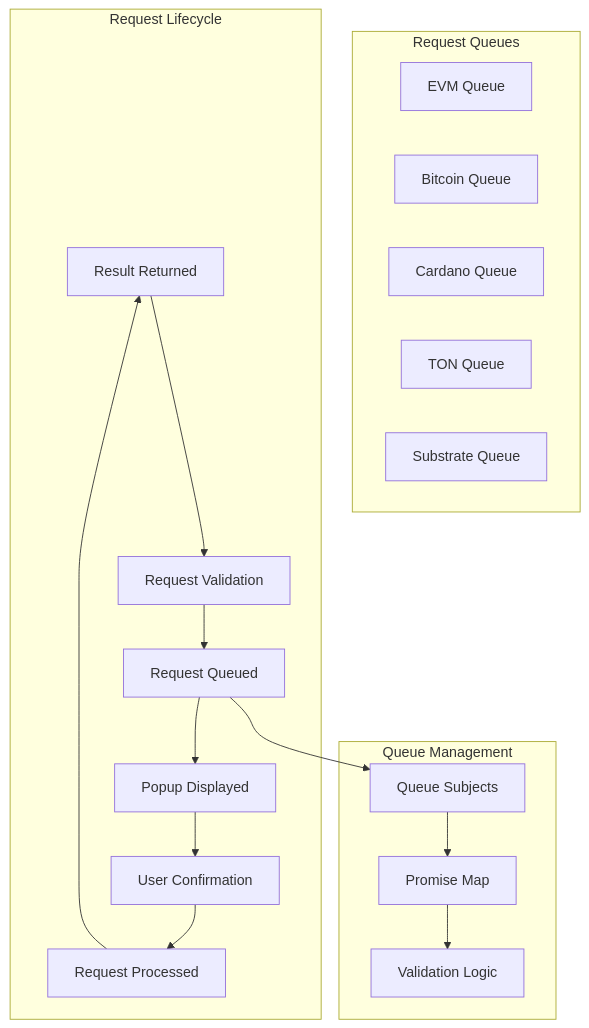
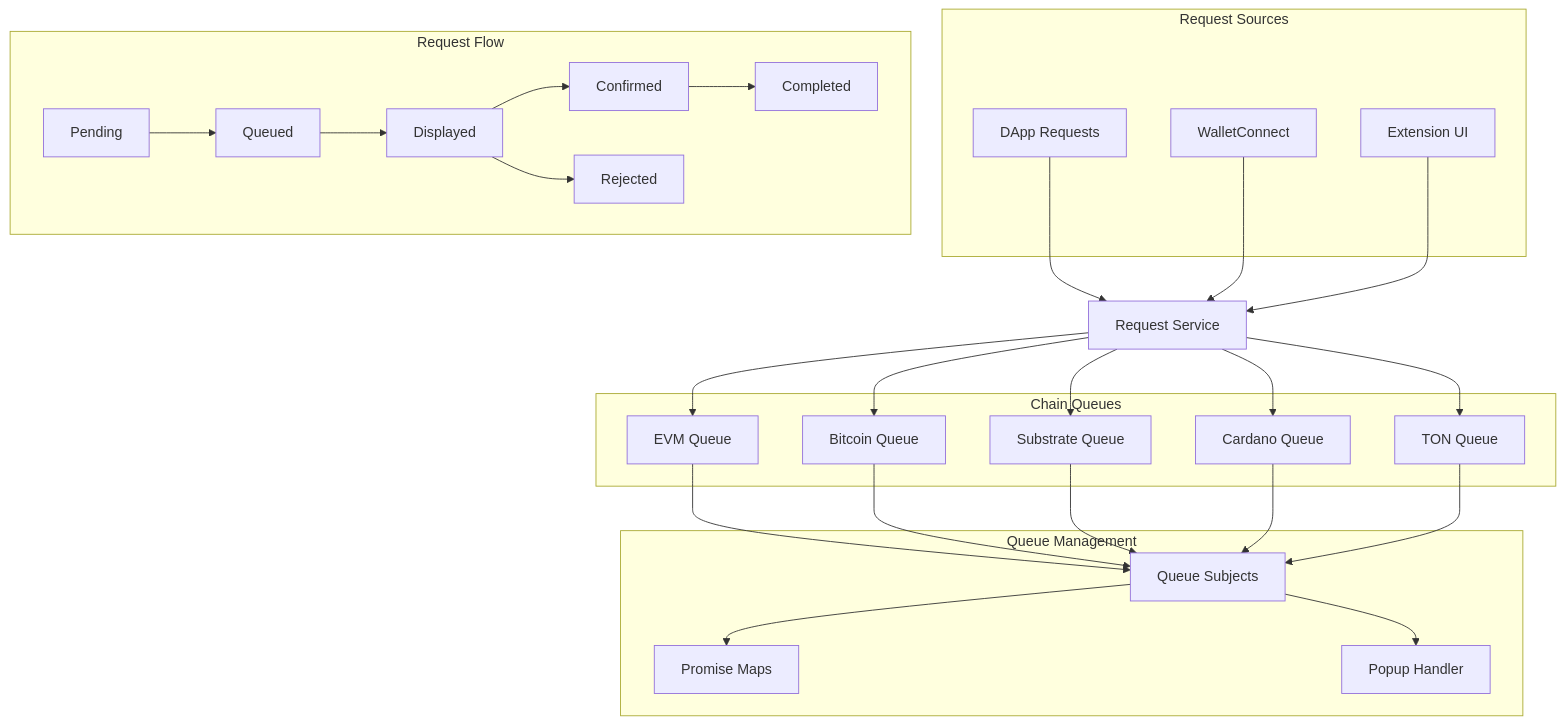
The second of 6 diagrams in packages/extension-base/src/services/request-service/README.md (Koniverse/SubWallet-Extension), drawn with Mermaid before and after one commit. The commit also changed other lines of this file, not shown here.

Commit message:
[DOCS] Update README for request service

````diff
--- a/packages/extension-base/src/services/request-service/README.md
+++ b/packages/extension-base/src/services/request-service/README.md
@@ -161,37 +161,57 @@
 ```mermaid
 graph TB
-    subgraph "Request Queues"
-        EQ[EVM Queue]
-        BQ[Bitcoin Queue]
-        CQ[Cardano Queue]
-        TQ[TON Queue]
-        SQ[Substrate Queue]
+    subgraph "Request Sources"
+        DAPP[DApp Requests]
+        WC[WalletConnect]
+        UI[Extension UI]
+    end
+    
+    RS[Request Service] 
+    
+    subgraph "Chain Queues"
+        EVQ[EVM Queue]
+        BTQ[Bitcoin Queue] 
+        SUQ[Substrate Queue]
+        CAQ[Cardano Queue]
+        TNQ[TON Queue]
     end
     
     subgraph "Queue Management"
         QS[Queue Subjects]
-        PM[Promise Map]
-        VL[Validation Logic]
+        PM[Promise Maps]
+        PH[Popup Handler]
     end
     
-    subgraph "Request Lifecycle"
-        RR[Request Received]
-        RV[Request Validation]
-        RQ[Request Queued]
-        PD[Popup Displayed]
-        UC[User Confirmation]
-        RP[Request Processed]
-        RR[Result Returned]
+    subgraph "Request Flow"
+        PENDING[Pending] --> QUEUED[Queued]
+        QUEUED --> DISPLAYED[Displayed]
+        DISPLAYED --> CONFIRMED[Confirmed]
+        DISPLAYED --> REJECTED[Rejected]
+        CONFIRMED --> COMPLETED[Completed]
     end
     
-    RR --> RV
-    RV --> RQ
-    RQ --> PD
-    PD --> UC
-    UC --> RP
-    RP --> RR
+    %% Connections
+    DAPP --> RS
+    WC --> RS
+    UI --> RS
     
-    RQ --> QS
+    RS --> EVQ
+    RS --> BTQ
+    RS --> SUQ
+    RS --> CAQ
+    RS --> TNQ
+    
+    EVQ --> QS
+    BTQ --> QS
+    SUQ --> QS
+    CAQ --> QS
+    TNQ --> QS
+    
     QS --> PM
-    PM --> VL
+    QS --> PH
+    
+    class EVQ,BTQ,SUQ,CAQ,TNQ queue
+    class QS,PM,PH mgmt
+    class PENDING,QUEUED,DISPLAYED,CONFIRMED,REJECTED,COMPLETED state
+    class RS service
 ```
````
